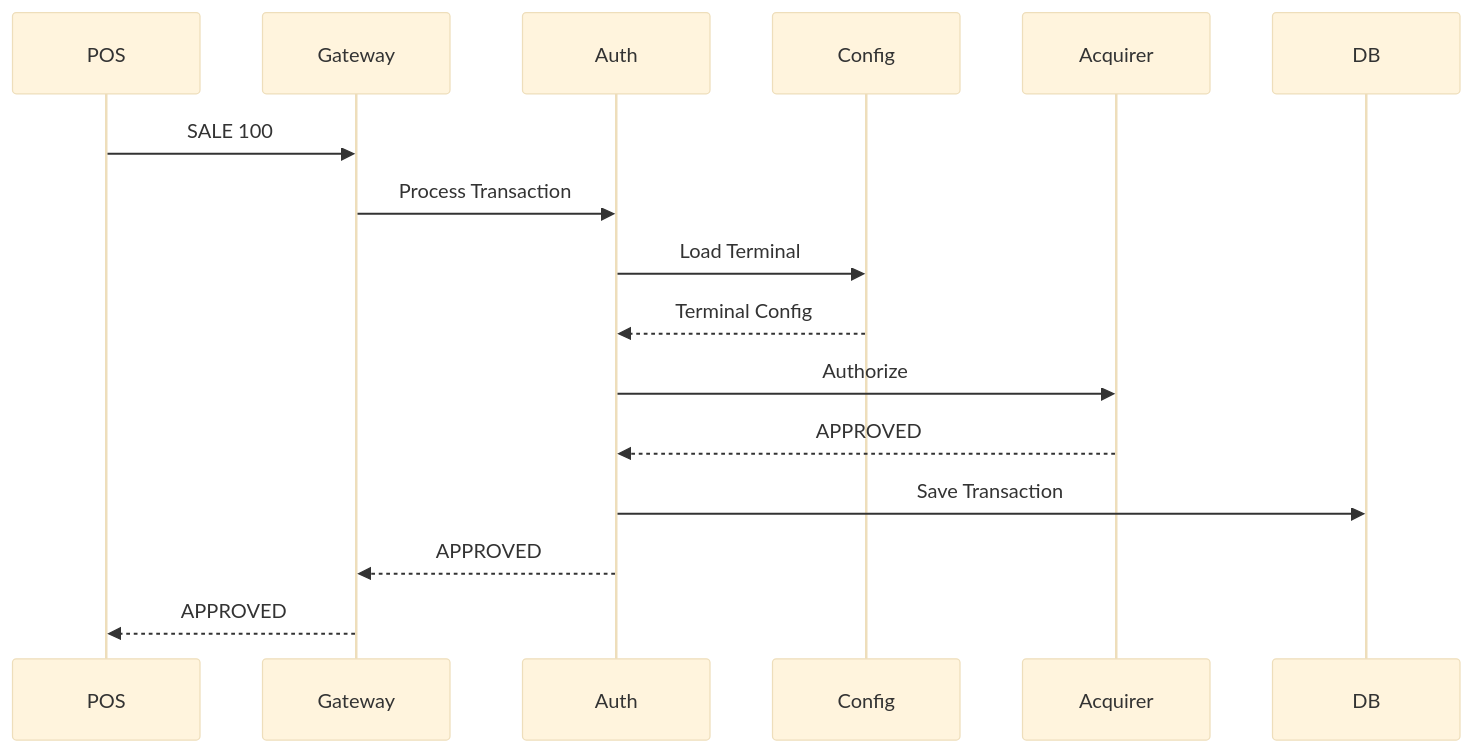
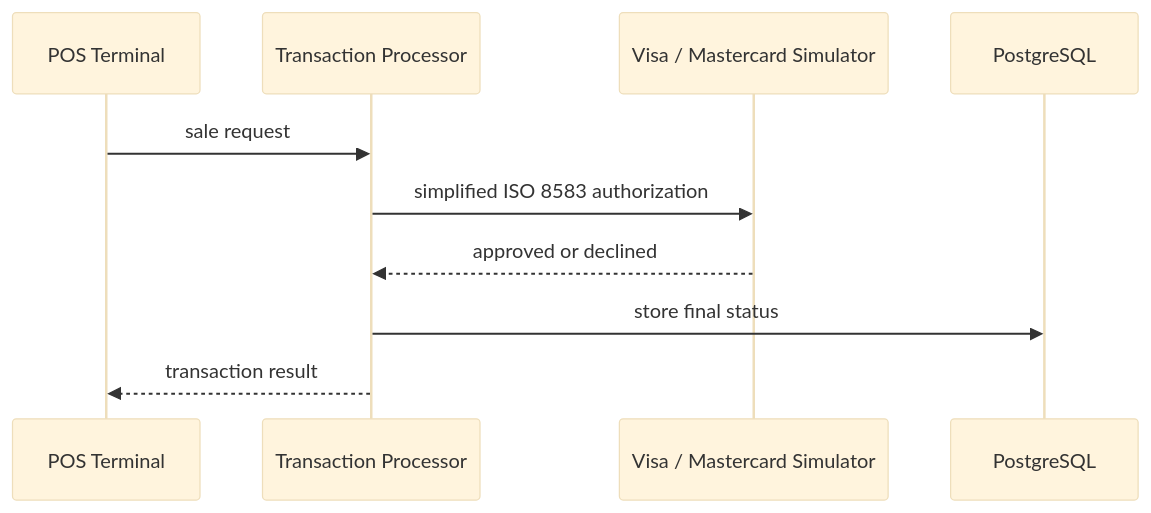
One commit to LucasBrovetto/financial-integration-platform changed the second of 3 diagrams in docs/transaction-flow.md. Above: the diagram before and after it, drawn with Mermaid (base theme). The commit also changed other lines of this file and 4 other files, not shown here.

Commit message:
docs(architecture): simplify portfolio architecture diagrams

````diff
--- a/docs/transaction-flow.md
+++ b/docs/transaction-flow.md
@@ -3,33 +25,13 @@
 ```mermaid
 sequenceDiagram
+    participant POS as POS Terminal
+    participant Processor as Transaction Processor
+    participant Acquirer as Visa / Mastercard Simulator
+    participant DB as PostgreSQL
 
-participant POS
-
-participant Gateway
-
-participant Auth
-
-participant Config
-
-participant Acquirer
-
-participant DB
-
-POS->>Gateway: SALE 100
-
-Gateway->>Auth: Process Transaction
-
-Auth->>Config: Load Terminal
-
-Config-->>Auth: Terminal Config
-
-Auth->>Acquirer: Authorize
-
-Acquirer-->>Auth: APPROVED
-
-Auth->>DB: Save Transaction
-
-Auth-->>Gateway: APPROVED
-
-Gateway-->>POS: APPROVED
+    POS->>Processor: sale request
+    Processor->>Acquirer: simplified ISO 8583 authorization
+    Acquirer-->>Processor: approved or declined
+    Processor->>DB: store final status
+    Processor-->>POS: transaction result
 ```
````
